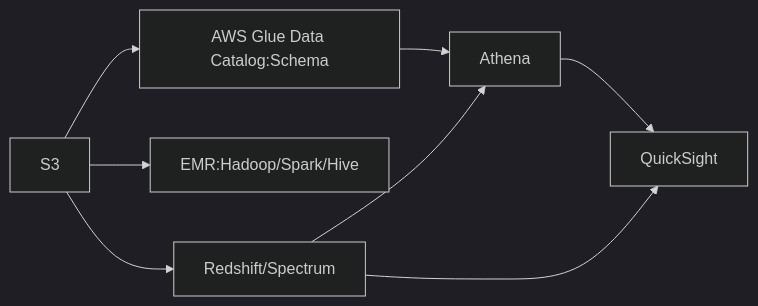
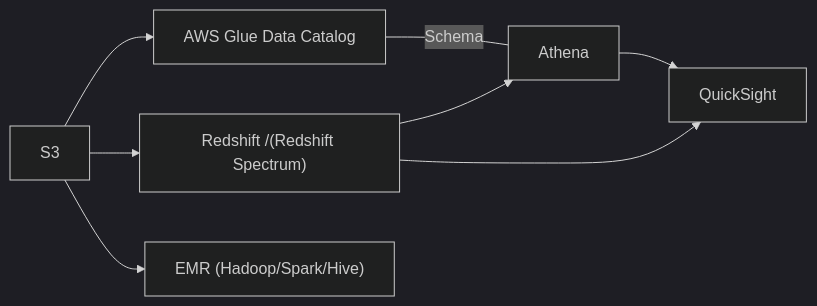
The fourth of 4 diagrams in README.md (LongBu/AWS-MLS-C01-Study-Guide), drawn with Mermaid (dark theme) before and after one commit.

Commit message:
update Example Full Data Engineering Analytics pipeline chart

````diff
--- a/README.md
+++ b/README.md
@@ -498,10 +498,10 @@
  ```mermaid
 graph LR
-    A[S3]-->B[AWS Glue Data Catalog:Schema]
-    B-->C[Athena]
-    A-->D[EMR:Hadoop/Spark/Hive]
-    A-->E[Redshift/Spectrum]
+    A[S3]-->B[AWS Glue Data Catalog]
+    B---|Schema|C[Athena]
+    A-->E["Redshift /(Redshift Spectrum)"]
+    A-->D["EMR (Hadoop/Spark/Hive)"]
     E-->C
     E-->F[QuickSight]
     C-->F
 ```
````
